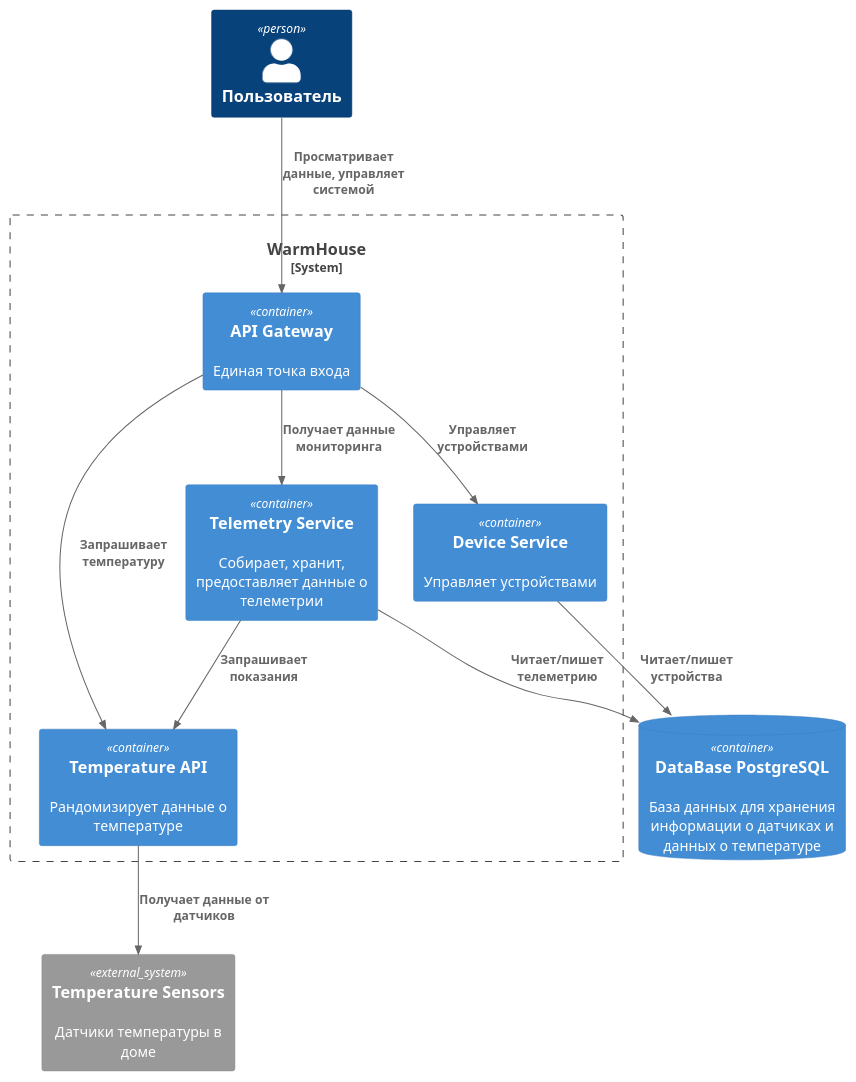
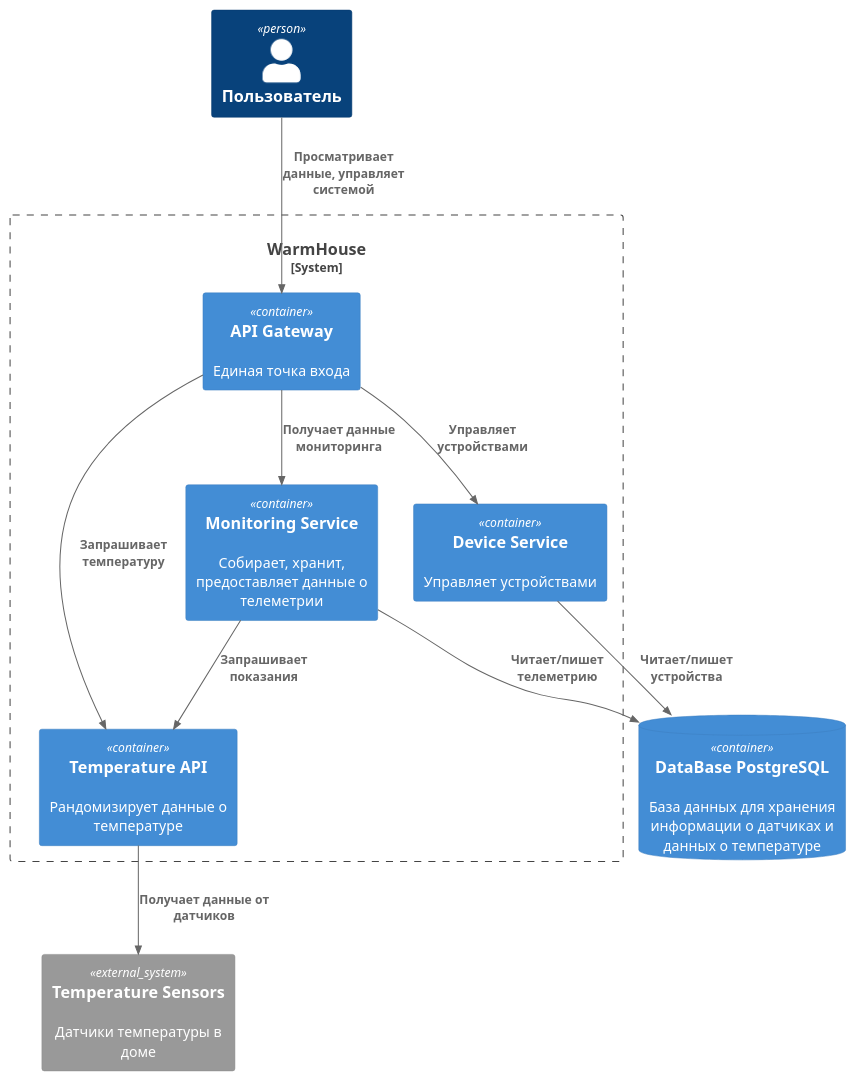
Before and after one commit to AlexanderMATI/architecture-pro-warmhouse: the diagram in schemas/warmhouse_containers.puml, drawn with PlantUML.

```diff
--- a/schemas/warmhouse_containers.puml
+++ b/schemas/warmhouse_containers.puml
@@ -1,27 +1,28 @@
 @startuml containers
 !include <C4/C4_Container>
 
 Person(user, "Пользователь")
 
 System_Boundary(WarmHouse, "WarmHouse") {
     Container(apiGateway, "API Gateway", "", "Единая точка входа")
     Container(temperatureApi, "Temperature API", "", "Рандомизирует данные о температуре")
-    Container(MonitoringService, "Telemetry Service", "", "Собирает, хранит, предоставляет данные о телеметрии")
+    Container(MonitoringService, "Monitoring Service", "", "Собирает, хранит, предоставляет данные о телеметрии")
     Container(deviceService, "Device Service", "", "Управляет устройствами")
 }
 
 ContainerDb(database, "DataBase PostgreSQL", "", "База данных для хранения информации о датчиках и данных о температуре")
 System_Ext(Sensors, "Temperature Sensors", "Датчики температуры в доме")
 
 Rel(user, apiGateway, "Просматривает данные, управляет системой",)
 Rel(apiGateway, MonitoringService, "Получает данные мониторинга")
 Rel(apiGateway, deviceService, "Управляет устройствами")
 Rel(apiGateway, temperatureApi, "Запрашивает температуру")
 Rel(temperatureApi, Sensors, "Получает данные от датчиков")
 Rel(deviceService, database, "Читает/пишет устройства")
 Rel(MonitoringService, database, "Читает/пишет телеметрию")
 Rel(MonitoringService, temperatureApi, "Запрашивает показания")
 
 
 
+
 @enduml
```
